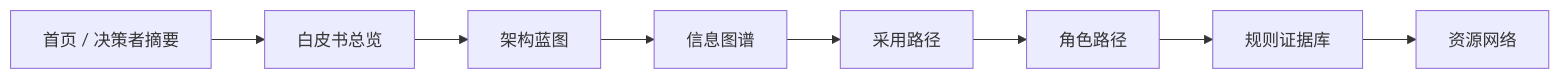
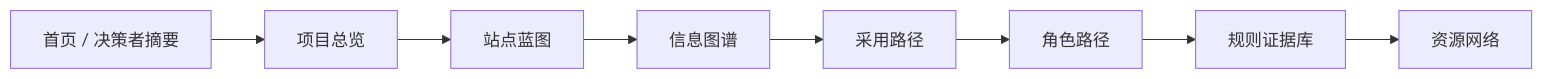
Before and after one commit to LessUp/awesome-cursorrules-zh: the diagram in docs/zh/architecture/information-graph.md, drawn with Mermaid. The commit also changed other lines of this file and 4 other files, not shown here.

````diff
--- a/docs/zh/architecture/information-graph.md
+++ b/docs/zh/architecture/information-graph.md
@@ -19,10 +19,10 @@
 ```mermaid
 flowchart LR
-    A[首页 / 决策者摘要] --> B[白皮书总览]
-    B --> C[架构蓝图]
+    A[首页 / 决策者摘要] --> B[项目总览]
+    B --> C[站点蓝图]
     C --> D[信息图谱]
     D --> E[采用路径]
     E --> F[角色路径]
     F --> G[规则证据库]
     G --> H[资源网络]
 ```
````
